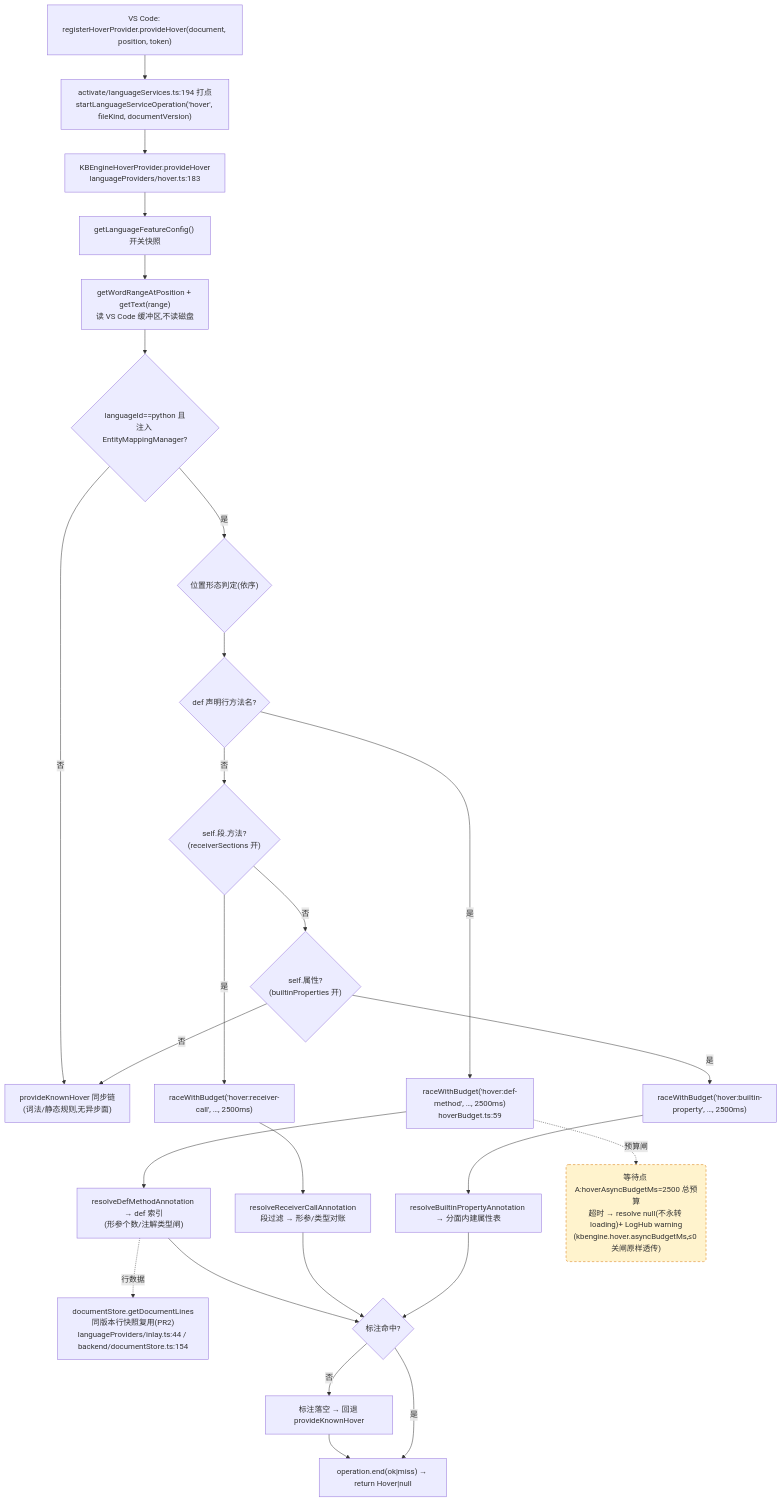
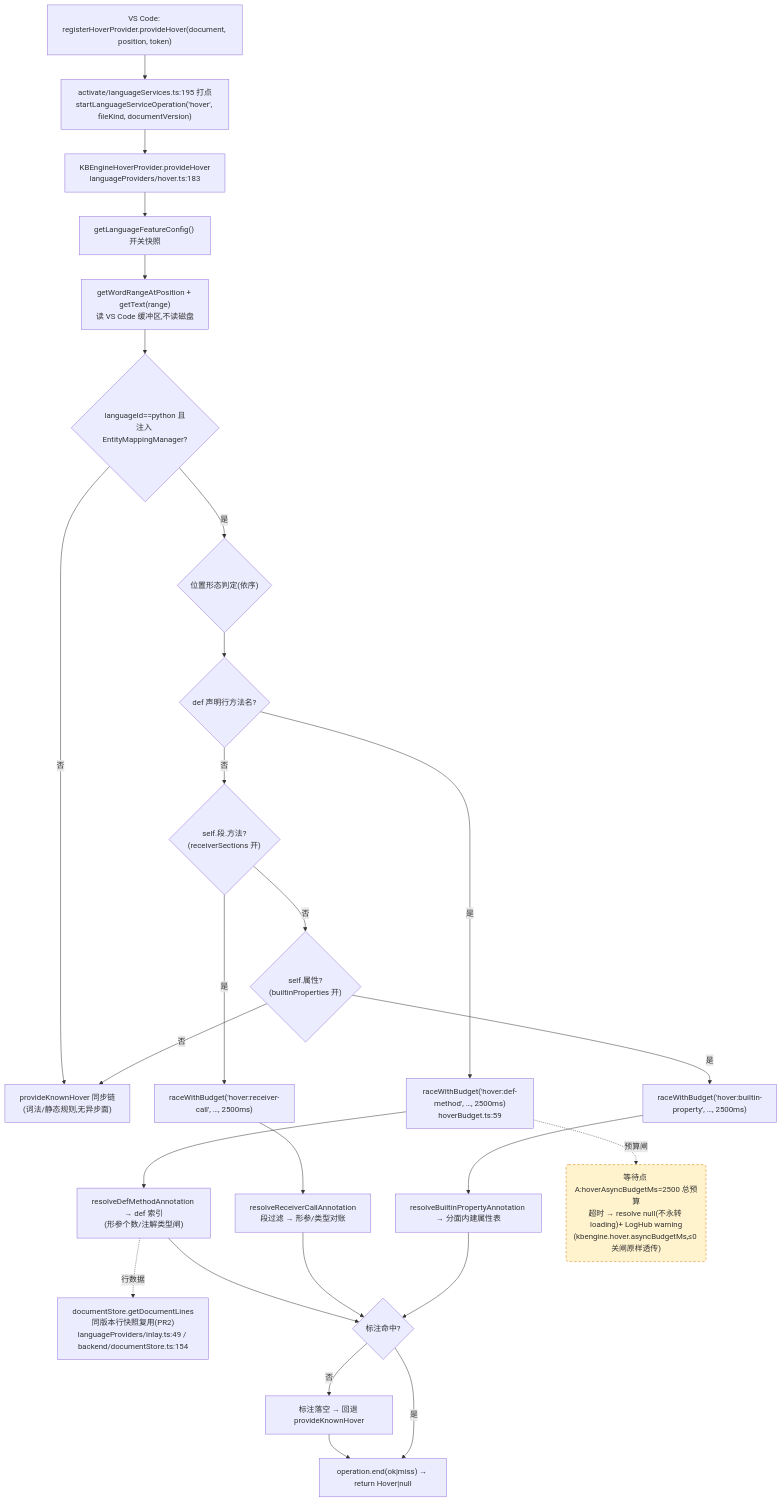
One commit to cuihairu/kode changed the first of 4 diagrams in docs/perf/2026-baseline.md. Above: the diagram before and after it, drawn with Mermaid. The commit also changed other lines of this file and 18 other files, not shown here.

````diff
--- a/docs/perf/2026-baseline.md
+++ b/docs/perf/2026-baseline.md
@@ -82,45 +82,45 @@
 ```mermaid
 flowchart TD
   VC1["VS Code: registerHoverProvider.provideHover(document, position, token)"]
-  M1["activate/languageServices.ts:194 打点<br/>startLanguageServiceOperation('hover', fileKind, documentVersion)"]
+  M1["activate/languageServices.ts:195 打点<br/>startLanguageServiceOperation('hover', fileKind, documentVersion)"]
   HP["KBEngineHoverProvider.provideHover<br/>languageProviders/hover.ts:183"]
   CFG["getLanguageFeatureConfig() 开关快照"]
   WORD["getWordRangeAtPosition + getText(range)<br/>读 VS Code 缓冲区,不读磁盘"]
   BR{"languageId==python 且<br/>注入 EntityMappingManager?"}
   KN["provideKnownHover 同步链<br/>(词法/静态规则,无异步面)"]
   POS{"位置形态判定(依序)"}
   D1{"def 声明行方法名?"}
   D2{"self.段.方法?<br/>(receiverSections 开)"}
   D3{"self.属性?<br/>(builtinProperties 开)"}
   RA1["raceWithBudget('hover:def-method', …, 2500ms)<br/>hoverBudget.ts:59"]
   RA2["raceWithBudget('hover:receiver-call', …, 2500ms)"]
   RA3["raceWithBudget('hover:builtin-property', …, 2500ms)"]
   RS1["resolveDefMethodAnnotation → def 索引<br/>(形参个数/注解类型闸)"]
   RS2["resolveReceiverCallAnnotation<br/>段过滤 → 形参/类型对账"]
   RS3["resolveBuiltinPropertyAnnotation → 分面内建属性表"]
-  LINES["documentStore.getDocumentLines<br/>同版本行快照复用(PR2)<br/>languageProviders/inlay.ts:44 / backend/documentStore.ts:154"]
+  LINES["documentStore.getDocumentLines<br/>同版本行快照复用(PR2)<br/>languageProviders/inlay.ts:49 / backend/documentStore.ts:154"]
   MISS["标注落空 → 回退 provideKnownHover"]
   END1["operation.end(ok|miss) → return Hover|null"]
 
   VC1 --> M1 --> HP --> CFG --> WORD --> BR
   BR -- "否" --> KN
   BR -- "是" --> POS --> D1
   D1 -- "是" --> RA1 --> RS1
   D1 -- "否" --> D2
   D2 -- "是" --> RA2 --> RS2
   D2 -- "否" --> D3
   D3 -- "是" --> RA3 --> RS3
   D3 -- "否" --> KN
   RS1 --> HIT{"标注命中?"}
   RS2 --> HIT
   RS3 --> HIT
   RS1 -.->|行数据| LINES
   HIT -- "否" --> MISS --> END1
   HIT -- "是" --> END1
 
   WAITA("等待点 A:hoverAsyncBudgetMs=2500 总预算<br/>超时 → resolve null(不永转 loading)+ LogHub warning<br/>(kbengine.hover.asyncBudgetMs,≤0 关闸原样透传)")
   RA1 -.->|预算闸| WAITA
 
   classDef waitPoint fill:#fff3cd,stroke:#d97706,stroke-dasharray:5 4;
   class WAITA waitPoint;
 ```
````
